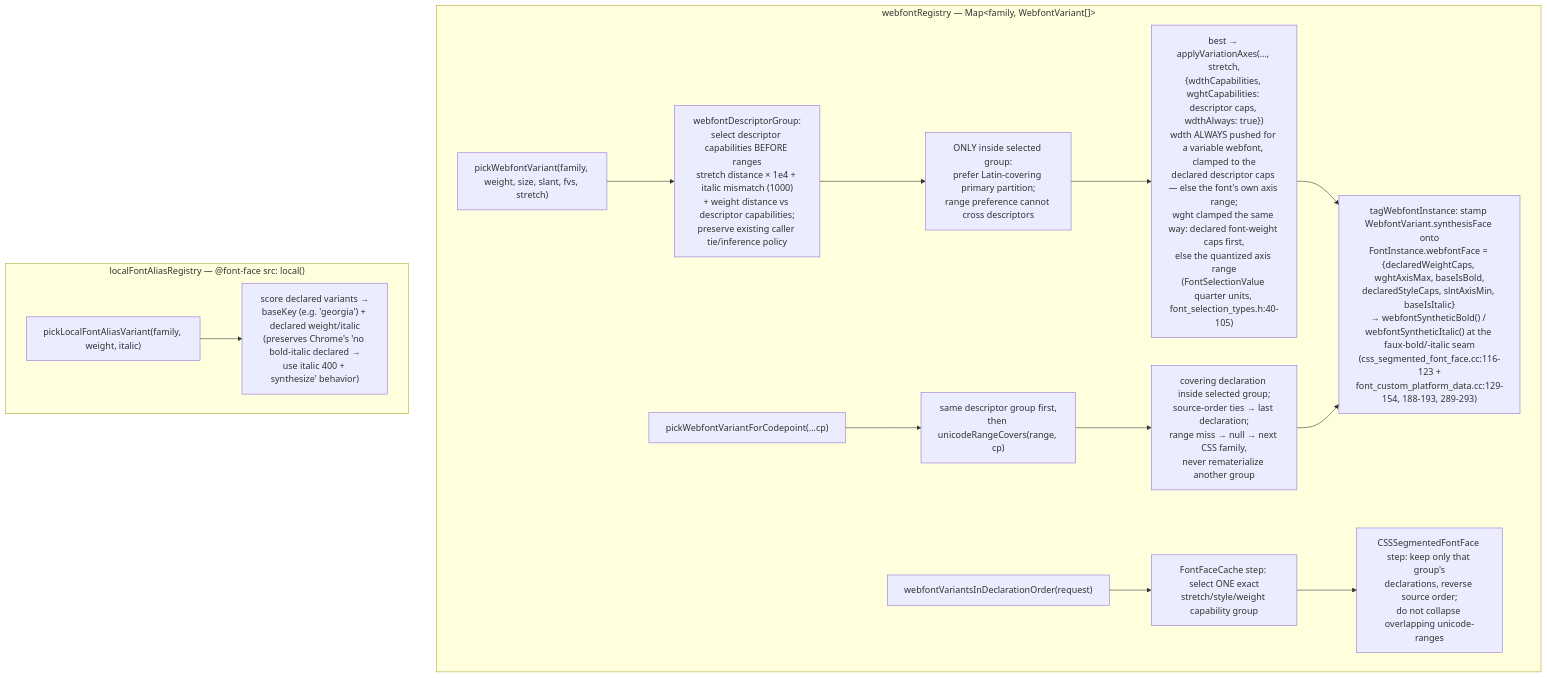
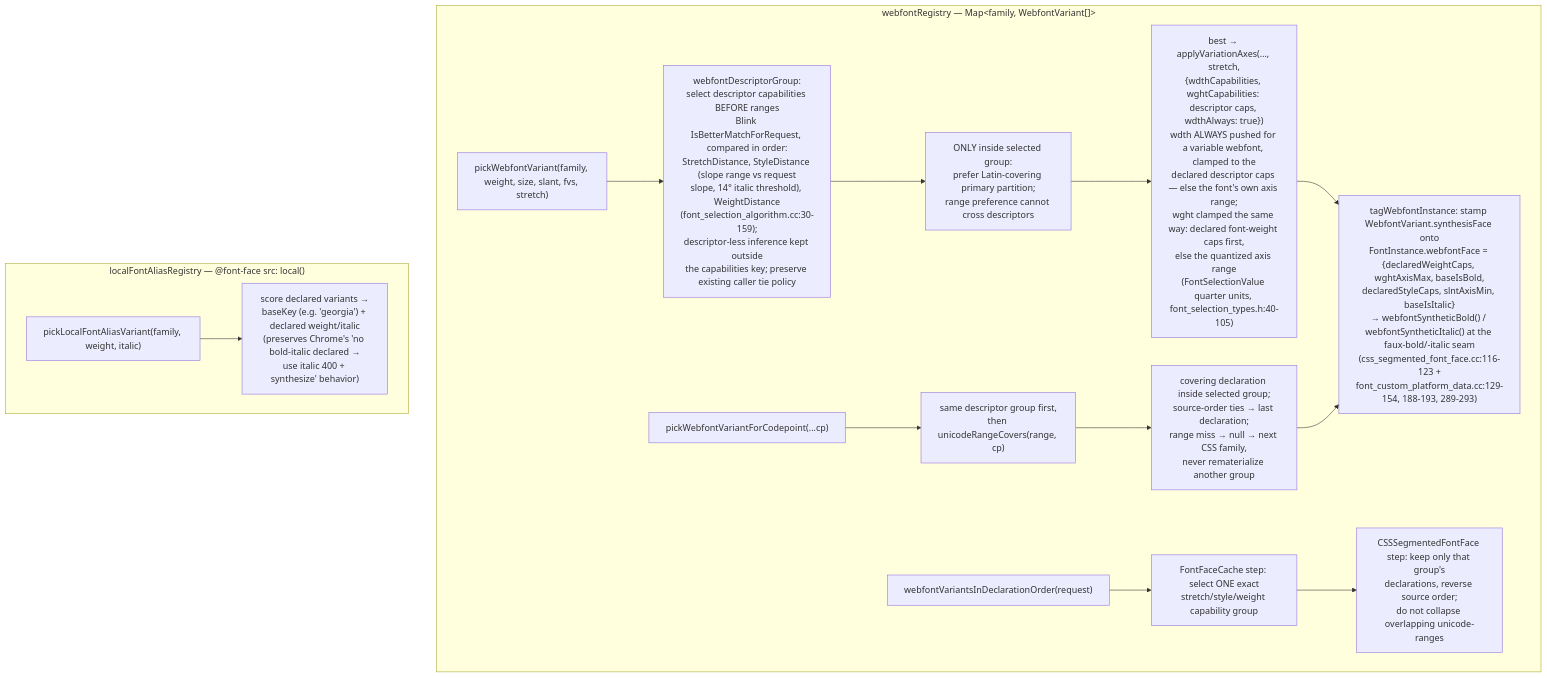
One commit to brianwestphal/domotion changed the fifth of 13 diagrams in docs/font-resolution-diagram.md. Above: the diagram before and after it, drawn with Mermaid. The commit also changed other lines of this file and 5 other files, not shown here.

````diff
--- a/docs/font-resolution-diagram.md
+++ b/docs/font-resolution-diagram.md
@@ -1159,17 +1159,17 @@
 ```mermaid
 flowchart TD
   subgraph WF["webfontRegistry — Map&lt;family, WebfontVariant[]&gt;"]
-    W0["pickWebfontVariant(family, weight, size, slant, fvs, stretch)"] --> W1["webfontDescriptorGroup:<br/>select descriptor capabilities BEFORE ranges<br/>stretch distance × 1e4 + italic mismatch (1000)<br/>+ weight distance vs descriptor capabilities;<br/>preserve existing caller tie/inference policy"]
+    W0["pickWebfontVariant(family, weight, size, slant, fvs, stretch)"] --> W1["webfontDescriptorGroup:<br/>select descriptor capabilities BEFORE ranges<br/>Blink IsBetterMatchForRequest, compared in order:<br/>StretchDistance, StyleDistance (slope range vs request<br/>slope, 14° italic threshold), WeightDistance<br/>(font_selection_algorithm.cc:30-159);<br/>descriptor-less inference kept outside<br/>the capabilities key; preserve existing caller tie policy"]
     W1 --> WL["ONLY inside selected group:<br/>prefer Latin-covering primary partition;<br/>range preference cannot cross descriptors"]
     WL --> W2["best → applyVariationAxes(…, stretch,<br/>{wdthCapabilities, wghtCapabilities: descriptor caps, wdthAlways: true})<br/>wdth ALWAYS pushed for a variable webfont, clamped to the<br/>declared descriptor caps — else the font's own axis range;<br/>wght clamped the same way: declared font-weight caps first,<br/>else the quantized axis range<br/>(FontSelectionValue quarter units, font_selection_types.h:40-105)"]
     W2 --> W3["tagWebfontInstance: stamp WebfontVariant.synthesisFace onto<br/>FontInstance.webfontFace = {declaredWeightCaps, wghtAxisMax, baseIsBold,<br/>declaredStyleCaps, slntAxisMin, baseIsItalic}<br/>→ webfontSyntheticBold() / webfontSyntheticItalic() at the faux-bold/-italic seam<br/>(css_segmented_font_face.cc:116-123 +<br/>font_custom_platform_data.cc:129-154, 188-193, 289-293)"]
     P0["pickWebfontVariantForCodepoint(...cp)"] --> P1["same descriptor group first,<br/>then unicodeRangeCovers(range, cp)"]
     P1 --> P2["covering declaration inside selected group;<br/>source-order ties → last declaration;<br/>range miss → null → next CSS family,<br/>never rematerialize another group"]
     P2 --> W3
     S0["webfontVariantsInDeclarationOrder(request)"] --> S1["FontFaceCache step: select ONE exact<br/>stretch/style/weight capability group"]
     S1 --> S2["CSSSegmentedFontFace step: keep only that group's<br/>declarations, reverse source order;<br/>do not collapse overlapping unicode-ranges"]
   end
   subgraph LA["localFontAliasRegistry — @font-face src: local()"]
     LA0["pickLocalFontAliasVariant(family, weight, italic)"] --> LA1["score declared variants →<br/>baseKey (e.g. 'georgia') + declared weight/italic<br/>(preserves Chrome's 'no bold-italic declared →<br/>use italic 400 + synthesize' behavior)"]
   end
 ```
````
